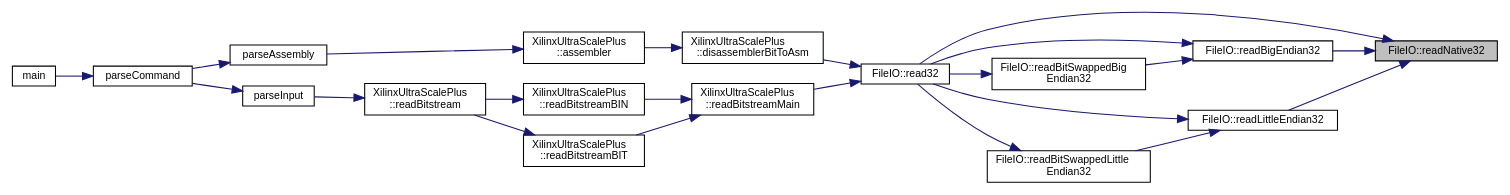
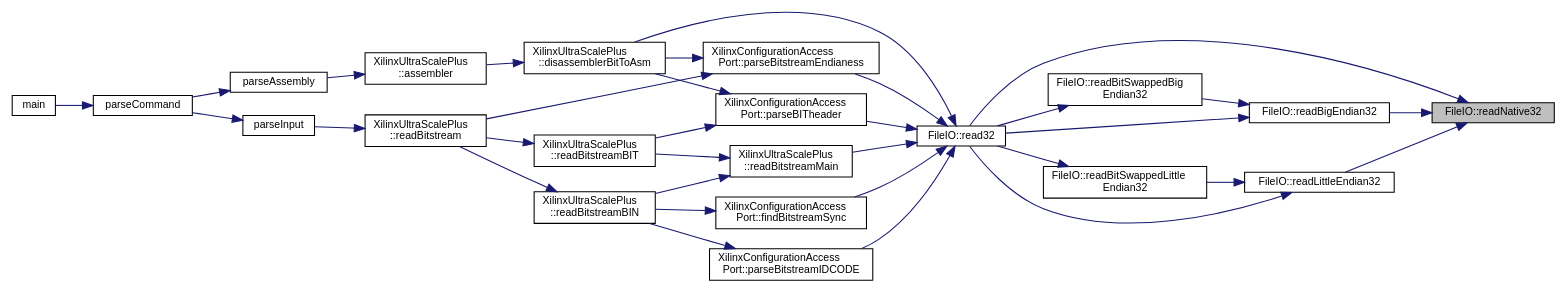
One commit to FPGA-Research-Manchester/byteman changed the diagram in namespaceFileIO_ab253c19d57dd469687a36fe5b097eb34_icgraph.dot. Above: the diagram before and after it, drawn with Graphviz. The commit also changed 716 other files, not shown here.

```diff
--- a/namespaceFileIO_ab253c19d57dd469687a36fe5b097eb34_icgraph.dot
+++ b/namespaceFileIO_ab253c19d57dd469687a36fe5b097eb34_icgraph.dot
@@ -1,45 +1,59 @@
 digraph "FileIO::readNative32"
 {
  // INTERACTIVE_SVG=YES
  // LATEX_PDF_SIZE
   edge [fontname="Helvetica",fontsize="10",labelfontname="Helvetica",labelfontsize="10"];
   node [fontname="Helvetica",fontsize="10",shape=record];
   rankdir="RL";
   Node1 [label="FileIO::readNative32",height=0.2,width=0.4,color="black", fillcolor="grey75", style="filled", fontcolor="black",tooltip=" "];
   Node1 -> Node2 [dir="back",color="midnightblue",fontsize="10",style="solid",fontname="Helvetica"];
   Node2 [label="FileIO::read32",height=0.2,width=0.4,color="black", fillcolor="white", style="filled",URL="$namespaceFileIO.html#a20ef39a2e52da1b679e3224ab5129cbc",tooltip=" "];
   Node2 -> Node3 [dir="back",color="midnightblue",fontsize="10",style="solid",fontname="Helvetica"];
   Node3 [label="XilinxUltraScalePlus\l::disassemblerBitToAsm",height=0.2,width=0.4,color="black", fillcolor="white", style="filled",URL="$classXilinxUltraScalePlus.html#a54f9af4b6723a99c0b9e8e9c9b424d00",tooltip=" "];
   Node3 -> Node4 [dir="back",color="midnightblue",fontsize="10",style="solid",fontname="Helvetica"];
   Node4 [label="XilinxUltraScalePlus\l::assembler",height=0.2,width=0.4,color="black", fillcolor="white", style="filled",URL="$classXilinxUltraScalePlus.html#a53e5f6ec962f1f2a961f90b8b9e90e10",tooltip=" "];
   Node4 -> Node5 [dir="back",color="midnightblue",fontsize="10",style="solid",fontname="Helvetica"];
   Node5 [label="parseAssembly",height=0.2,width=0.4,color="black", fillcolor="white", style="filled",URL="$byteman_8cpp.html#abdebe35e6ba3749eaa14350ca0942419",tooltip=" "];
   Node5 -> Node6 [dir="back",color="midnightblue",fontsize="10",style="solid",fontname="Helvetica"];
   Node6 [label="parseCommand",height=0.2,width=0.4,color="black", fillcolor="white", style="filled",URL="$byteman_8cpp.html#a913ad3944130fafece24fe460db9b6aa",tooltip=" "];
   Node6 -> Node7 [dir="back",color="midnightblue",fontsize="10",style="solid",fontname="Helvetica"];
   Node7 [label="main",height=0.2,width=0.4,color="black", fillcolor="white", style="filled",URL="$byteman_8cpp.html#a0ddf1224851353fc92bfbff6f499fa97",tooltip=" "];
   Node2 -> Node8 [dir="back",color="midnightblue",fontsize="10",style="solid",fontname="Helvetica"];
-  Node8 [label="XilinxUltraScalePlus\l::readBitstreamMain",height=0.2,width=0.4,color="black", fillcolor="white", style="filled",URL="$classXilinxUltraScalePlus.html#ade1b1830c328d64beb957417ecc445b3",tooltip=" "];
+  Node8 [label="XilinxConfigurationAccess\lPort::findBitstreamSync",height=0.2,width=0.4,color="black", fillcolor="white", style="filled",URL="$classXilinxConfigurationAccessPort.html#a323afc347a31a87b314c8d8da952211a",tooltip=" "];
   Node8 -> Node9 [dir="back",color="midnightblue",fontsize="10",style="solid",fontname="Helvetica"];
   Node9 [label="XilinxUltraScalePlus\l::readBitstreamBIN",height=0.2,width=0.4,color="black", fillcolor="white", style="filled",URL="$classXilinxUltraScalePlus.html#ae197b2b5b423cd1be99409c70f51bc37",tooltip=" "];
   Node9 -> Node10 [dir="back",color="midnightblue",fontsize="10",style="solid",fontname="Helvetica"];
   Node10 [label="XilinxUltraScalePlus\l::readBitstream",height=0.2,width=0.4,color="black", fillcolor="white", style="filled",URL="$classXilinxUltraScalePlus.html#a0e5d08a2e5c37a29a1a04d50b48739d2",tooltip=" "];
   Node10 -> Node11 [dir="back",color="midnightblue",fontsize="10",style="solid",fontname="Helvetica"];
   Node11 [label="parseInput",height=0.2,width=0.4,color="black", fillcolor="white", style="filled",URL="$byteman_8cpp.html#a4dbd88e4909b2f0429f9d0b2fc2608bb",tooltip=" "];
   Node11 -> Node6 [dir="back",color="midnightblue",fontsize="10",style="solid",fontname="Helvetica"];
-  Node8 -> Node12 [dir="back",color="midnightblue",fontsize="10",style="solid",fontname="Helvetica"];
-  Node12 [label="XilinxUltraScalePlus\l::readBitstreamBIT",height=0.2,width=0.4,color="black", fillcolor="white", style="filled",URL="$classXilinxUltraScalePlus.html#a62dea738808396d7d520f26d8e5594d2",tooltip=" "];
-  Node12 -> Node10 [dir="back",color="midnightblue",fontsize="10",style="solid",fontname="Helvetica"];
-  Node1 -> Node13 [dir="back",color="midnightblue",fontsize="10",style="solid",fontname="Helvetica"];
-  Node13 [label="FileIO::readBigEndian32",height=0.2,width=0.4,color="black", fillcolor="white", style="filled",URL="$namespaceFileIO.html#a5094057ac3e48a146c33a8bddeaae60f",tooltip=" "];
-  Node13 -> Node2 [dir="back",color="midnightblue",fontsize="10",style="solid",fontname="Helvetica"];
-  Node13 -> Node14 [dir="back",color="midnightblue",fontsize="10",style="solid",fontname="Helvetica"];
-  Node14 [label="FileIO::readBitSwappedBig\lEndian32",height=0.2,width=0.4,color="black", fillcolor="white", style="filled",URL="$namespaceFileIO.html#a5f45a6b86516466bf524cb04b333eade",tooltip=" "];
-  Node14 -> Node2 [dir="back",color="midnightblue",fontsize="10",style="solid",fontname="Helvetica"];
-  Node1 -> Node15 [dir="back",color="midnightblue",fontsize="10",style="solid",fontname="Helvetica"];
-  Node15 [label="FileIO::readLittleEndian32",height=0.2,width=0.4,color="black", fillcolor="white", style="filled",URL="$namespaceFileIO.html#a993f428d792c535bc6455ac6e4eb0e26",tooltip=" "];
-  Node15 -> Node2 [dir="back",color="midnightblue",fontsize="10",style="solid",fontname="Helvetica"];
-  Node15 -> Node16 [dir="back",color="midnightblue",fontsize="10",style="solid",fontname="Helvetica"];
-  Node16 [label="FileIO::readBitSwappedLittle\lEndian32",height=0.2,width=0.4,color="black", fillcolor="white", style="filled",URL="$namespaceFileIO.html#a2fd6138a1888683dec937c2f97c24972",tooltip=" "];
-  Node16 -> Node2 [dir="back",color="midnightblue",fontsize="10",style="solid",fontname="Helvetica"];
+  Node2 -> Node12 [dir="back",color="midnightblue",fontsize="10",style="solid",fontname="Helvetica"];
+  Node12 [label="XilinxConfigurationAccess\lPort::parseBITheader",height=0.2,width=0.4,color="black", fillcolor="white", style="filled",URL="$classXilinxConfigurationAccessPort.html#a0eb1cd9757987010e6879268ae412b4e",tooltip=" "];
+  Node12 -> Node3 [dir="back",color="midnightblue",fontsize="10",style="solid",fontname="Helvetica"];
+  Node12 -> Node13 [dir="back",color="midnightblue",fontsize="10",style="solid",fontname="Helvetica"];
+  Node13 [label="XilinxUltraScalePlus\l::readBitstreamBIT",height=0.2,width=0.4,color="black", fillcolor="white", style="filled",URL="$classXilinxUltraScalePlus.html#a62dea738808396d7d520f26d8e5594d2",tooltip=" "];
+  Node13 -> Node10 [dir="back",color="midnightblue",fontsize="10",style="solid",fontname="Helvetica"];
+  Node2 -> Node14 [dir="back",color="midnightblue",fontsize="10",style="solid",fontname="Helvetica"];
+  Node14 [label="XilinxConfigurationAccess\lPort::parseBitstreamEndianess",height=0.2,width=0.4,color="black", fillcolor="white", style="filled",URL="$classXilinxConfigurationAccessPort.html#aa9ff2ea1e4257936ddeda62415f863c8",tooltip=" "];
+  Node14 -> Node3 [dir="back",color="midnightblue",fontsize="10",style="solid",fontname="Helvetica"];
+  Node14 -> Node10 [dir="back",color="midnightblue",fontsize="10",style="solid",fontname="Helvetica"];
+  Node2 -> Node15 [dir="back",color="midnightblue",fontsize="10",style="solid",fontname="Helvetica"];
+  Node15 [label="XilinxConfigurationAccess\lPort::parseBitstreamIDCODE",height=0.2,width=0.4,color="black", fillcolor="white", style="filled",URL="$classXilinxConfigurationAccessPort.html#aae992541580682b85f13ed867ef3adea",tooltip=" "];
+  Node15 -> Node9 [dir="back",color="midnightblue",fontsize="10",style="solid",fontname="Helvetica"];
+  Node2 -> Node16 [dir="back",color="midnightblue",fontsize="10",style="solid",fontname="Helvetica"];
+  Node16 [label="XilinxUltraScalePlus\l::readBitstreamMain",height=0.2,width=0.4,color="black", fillcolor="white", style="filled",URL="$classXilinxUltraScalePlus.html#ade1b1830c328d64beb957417ecc445b3",tooltip=" "];
+  Node16 -> Node9 [dir="back",color="midnightblue",fontsize="10",style="solid",fontname="Helvetica"];
+  Node16 -> Node13 [dir="back",color="midnightblue",fontsize="10",style="solid",fontname="Helvetica"];
+  Node1 -> Node17 [dir="back",color="midnightblue",fontsize="10",style="solid",fontname="Helvetica"];
+  Node17 [label="FileIO::readBigEndian32",height=0.2,width=0.4,color="black", fillcolor="white", style="filled",URL="$namespaceFileIO.html#a5094057ac3e48a146c33a8bddeaae60f",tooltip=" "];
+  Node17 -> Node2 [dir="back",color="midnightblue",fontsize="10",style="solid",fontname="Helvetica"];
+  Node17 -> Node18 [dir="back",color="midnightblue",fontsize="10",style="solid",fontname="Helvetica"];
+  Node18 [label="FileIO::readBitSwappedBig\lEndian32",height=0.2,width=0.4,color="black", fillcolor="white", style="filled",URL="$namespaceFileIO.html#a5f45a6b86516466bf524cb04b333eade",tooltip=" "];
+  Node18 -> Node2 [dir="back",color="midnightblue",fontsize="10",style="solid",fontname="Helvetica"];
+  Node1 -> Node19 [dir="back",color="midnightblue",fontsize="10",style="solid",fontname="Helvetica"];
+  Node19 [label="FileIO::readLittleEndian32",height=0.2,width=0.4,color="black", fillcolor="white", style="filled",URL="$namespaceFileIO.html#a993f428d792c535bc6455ac6e4eb0e26",tooltip=" "];
+  Node19 -> Node2 [dir="back",color="midnightblue",fontsize="10",style="solid",fontname="Helvetica"];
+  Node19 -> Node20 [dir="back",color="midnightblue",fontsize="10",style="solid",fontname="Helvetica"];
+  Node20 [label="FileIO::readBitSwappedLittle\lEndian32",height=0.2,width=0.4,color="black", fillcolor="white", style="filled",URL="$namespaceFileIO.html#a2fd6138a1888683dec937c2f97c24972",tooltip=" "];
+  Node20 -> Node2 [dir="back",color="midnightblue",fontsize="10",style="solid",fontname="Helvetica"];
 }
```
